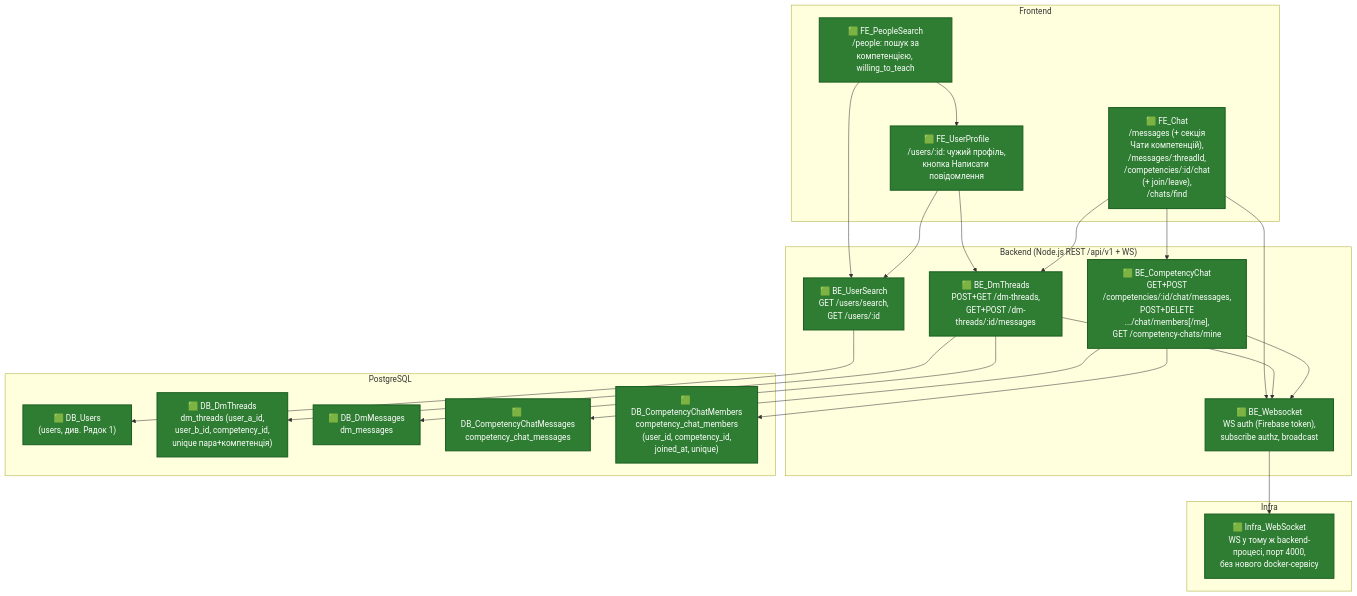
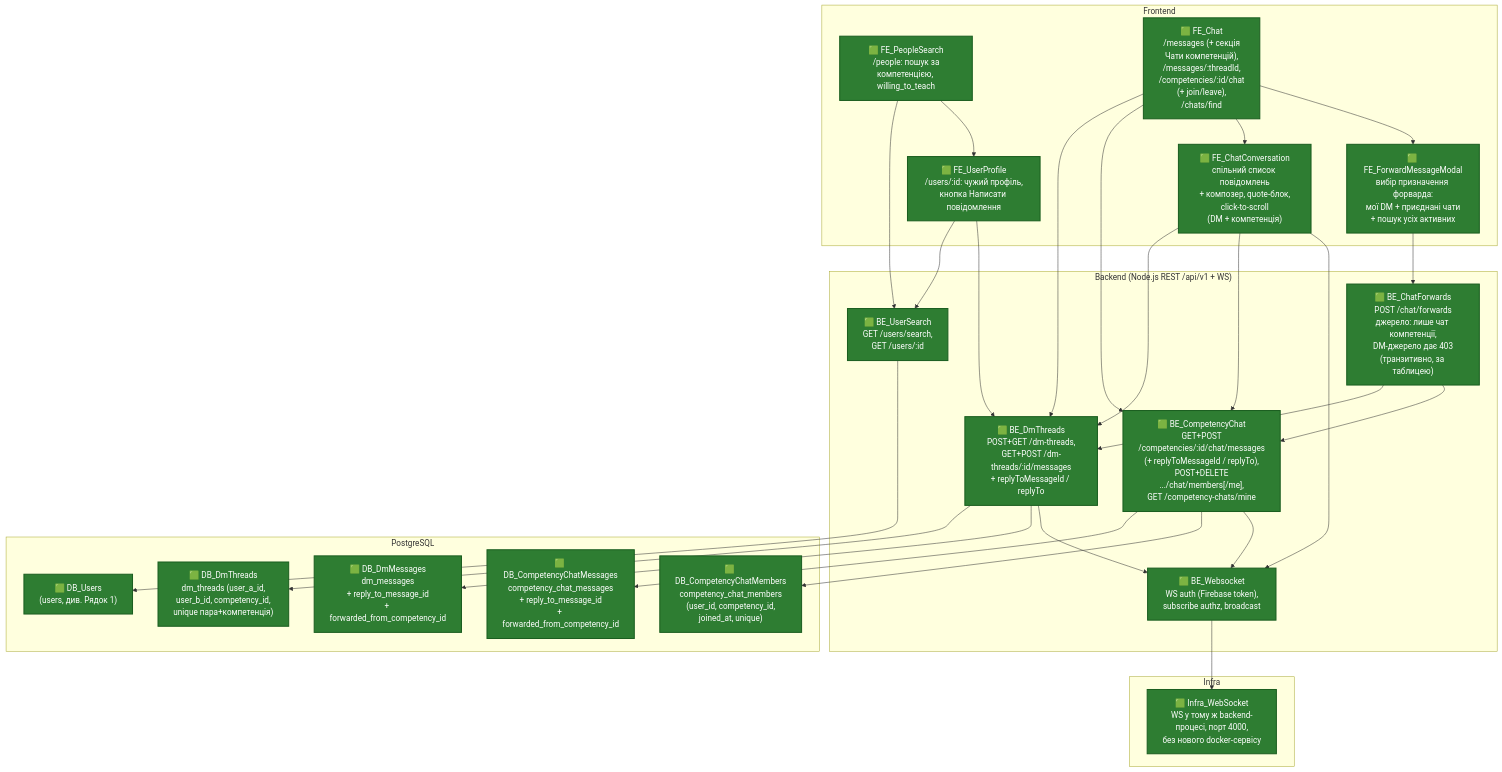
Before and after one commit to ansukhorukova/learn-it: the fourth of 5 diagrams in PROJECT_MAP.md, drawn with Mermaid. The commit also changed other lines of this file and 2 other files, not shown here.

Commit message:
docs: update PROJECT_MAP.md — відповіді на коментарі таски та reply/forward у чаті (US-034…US-036)

````diff
--- a/PROJECT_MAP.md
+++ b/PROJECT_MAP.md
@@ -176,50 +176,60 @@
 ```mermaid
 graph TD
   classDef done fill:#2e7d32,color:#ffffff,stroke:#1b5e20,stroke-width:2px;
   classDef progress fill:#f9a825,color:#1a1a1a,stroke:#f57f17,stroke-width:2px;
   classDef planned fill:#37474f,color:#cfd8dc,stroke:#263238,stroke-width:1px,stroke-dasharray: 3 3;
 
   subgraph FE["Frontend"]
     FE_PeopleSearch["🟩 FE_PeopleSearch<br/>/people: пошук за<br/>компетенцією, willing_to_teach"]
     FE_UserProfile["🟩 FE_UserProfile<br/>/users/:id: чужий профіль,<br/>кнопка Написати повідомлення"]
     FE_Chat["🟩 FE_Chat<br/>/messages (+ секція<br/>Чати компетенцій),<br/>/messages/:threadId,<br/>/competencies/:id/chat<br/>(+ join/leave),<br/>/chats/find"]
+    FE_ChatConversation["🟩 FE_ChatConversation<br/>спільний список повідомлень<br/>+ композер, quote-блок,<br/>click-to-scroll<br/>(DM + компетенція)"]
+    FE_ForwardMessageModal["🟩 FE_ForwardMessageModal<br/>вибір призначення форварда:<br/>мої DM + приєднані чати<br/>+ пошук усіх активних"]
   end
 
   subgraph BE["Backend (Node.js REST /api/v1 + WS)"]
     BE_UserSearch["🟩 BE_UserSearch<br/>GET /users/search,<br/>GET /users/:id"]
-    BE_DmThreads["🟩 BE_DmThreads<br/>POST+GET /dm-threads,<br/>GET+POST /dm-threads/:id/messages"]
-    BE_CompetencyChat["🟩 BE_CompetencyChat<br/>GET+POST<br/>/competencies/:id/chat/messages,<br/>POST+DELETE<br/>.../chat/members[/me],<br/>GET /competency-chats/mine"]
+    BE_DmThreads["🟩 BE_DmThreads<br/>POST+GET /dm-threads,<br/>GET+POST /dm-threads/:id/messages<br/>+ replyToMessageId / replyTo"]
+    BE_CompetencyChat["🟩 BE_CompetencyChat<br/>GET+POST<br/>/competencies/:id/chat/messages<br/>(+ replyToMessageId / replyTo),<br/>POST+DELETE<br/>.../chat/members[/me],<br/>GET /competency-chats/mine"]
+    BE_ChatForwards["🟩 BE_ChatForwards<br/>POST /chat/forwards<br/>джерело: лише чат компетенції,<br/>DM-джерело дає 403<br/>(транзитивно, за таблицею)"]
     BE_Websocket["🟩 BE_Websocket<br/>WS auth (Firebase token),<br/>subscribe authz, broadcast"]
   end
 
   subgraph DB["PostgreSQL"]
     DB_Users["🟩 DB_Users<br/>(users, див. Рядок 1)"]
     DB_DmThreads["🟩 DB_DmThreads<br/>dm_threads (user_a_id,<br/>user_b_id, competency_id,<br/>unique пара+компетенція)"]
-    DB_DmMessages["🟩 DB_DmMessages<br/>dm_messages"]
-    DB_CompetencyChatMessages["🟩 DB_CompetencyChatMessages<br/>competency_chat_messages"]
+    DB_DmMessages["🟩 DB_DmMessages<br/>dm_messages<br/>+ reply_to_message_id<br/>+ forwarded_from_competency_id"]
+    DB_CompetencyChatMessages["🟩 DB_CompetencyChatMessages<br/>competency_chat_messages<br/>+ reply_to_message_id<br/>+ forwarded_from_competency_id"]
     DB_CompetencyChatMembers["🟩 DB_CompetencyChatMembers<br/>competency_chat_members<br/>(user_id, competency_id,<br/>joined_at, unique)"]
   end
 
   subgraph Infra["Infra"]
     Infra_WebSocket["🟩 Infra_WebSocket<br/>WS у тому ж backend-<br/>процесі, порт 4000,<br/>без нового docker-сервісу"]
   end
 
   FE_PeopleSearch --> BE_UserSearch
   FE_PeopleSearch --> FE_UserProfile
   FE_UserProfile --> BE_UserSearch
   FE_UserProfile --> BE_DmThreads
   FE_Chat --> BE_DmThreads
   FE_Chat --> BE_CompetencyChat
-  FE_Chat --> BE_Websocket
+  FE_Chat --> FE_ChatConversation
+  FE_Chat --> FE_ForwardMessageModal
+  FE_ChatConversation --> BE_DmThreads
+  FE_ChatConversation --> BE_CompetencyChat
+  FE_ChatConversation --> BE_Websocket
+  FE_ForwardMessageModal --> BE_ChatForwards
 
   BE_UserSearch --> DB_Users
   BE_DmThreads --> DB_DmThreads
   BE_DmThreads --> DB_DmMessages
   BE_DmThreads --> BE_Websocket
   BE_CompetencyChat --> DB_CompetencyChatMessages
   BE_CompetencyChat --> DB_CompetencyChatMembers
   BE_CompetencyChat --> BE_Websocket
+  BE_ChatForwards --> BE_DmThreads
+  BE_ChatForwards --> BE_CompetencyChat
   BE_Websocket --> Infra_WebSocket
 
-  class FE_PeopleSearch,FE_UserProfile,FE_Chat,BE_UserSearch,BE_DmThreads,BE_CompetencyChat,BE_Websocket,DB_Users,DB_DmThreads,DB_DmMessages,DB_CompetencyChatMessages,DB_CompetencyChatMembers,Infra_WebSocket done;
+  class FE_PeopleSearch,FE_UserProfile,FE_Chat,FE_ChatConversation,FE_ForwardMessageModal,BE_UserSearch,BE_DmThreads,BE_CompetencyChat,BE_ChatForwards,BE_Websocket,DB_Users,DB_DmThreads,DB_DmMessages,DB_CompetencyChatMessages,DB_CompetencyChatMembers,Infra_WebSocket done;
 ```
````
